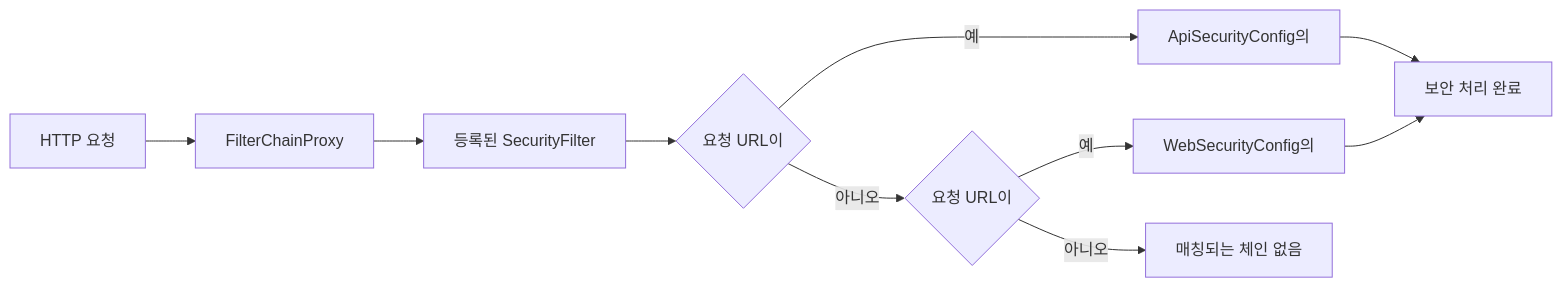
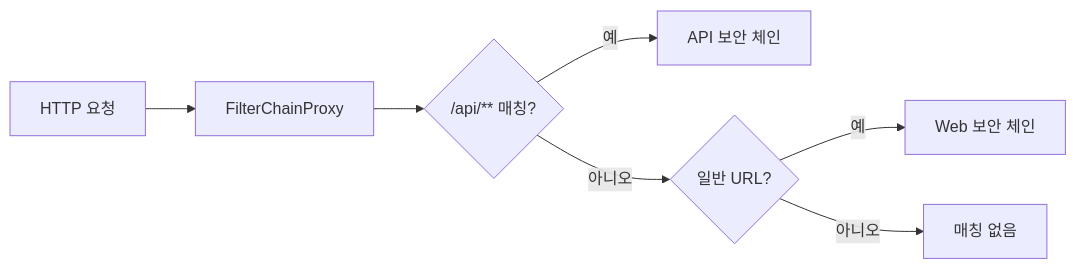
Before and after one commit to yjkim2015/yjkim2015.github.io: the third of 3 diagrams in _posts/security/2021-05-19-DelegatingFilterProxy.md, drawn with Mermaid. The commit also changed other lines of this file and 163 other files, not shown here.

First line of the commit message:
Mermaid 300개 블록 내용 축소: 5노드 5엣지 이하, 의미 있는 약어

````diff
--- a/_posts/security/2021-05-19-DelegatingFilterProxy.md
+++ b/_posts/security/2021-05-19-DelegatingFilterProxy.md
@@ -91,12 +89,9 @@
 ```mermaid
-flowchart LR
+graph LR
     A["HTTP 요청"] --> B["FilterChainProxy"]
-    B --> C["등록된 SecurityFilter"]
-    C --> D{"요청 URL이"}
-    D -- "예" --> E["ApiSecurityConfig의"]
-    D -- "아니오" --> F{"요청 URL이"}
-    F -- "예" --> G["WebSecurityConfig의"]
-    F -- "아니오" --> H["매칭되는 체인 없음"]
-    E --> I["보안 처리 완료"]
-    G --> I
+    B --> D{"/api/** 매칭?"}
+    D -->|예| E["API 보안 체인"]
+    D -->|아니오| F{"일반 URL?"}
+    F -->|예| G["Web 보안 체인"]
+    F -->|아니오| H["매칭 없음"]
 ```
````
